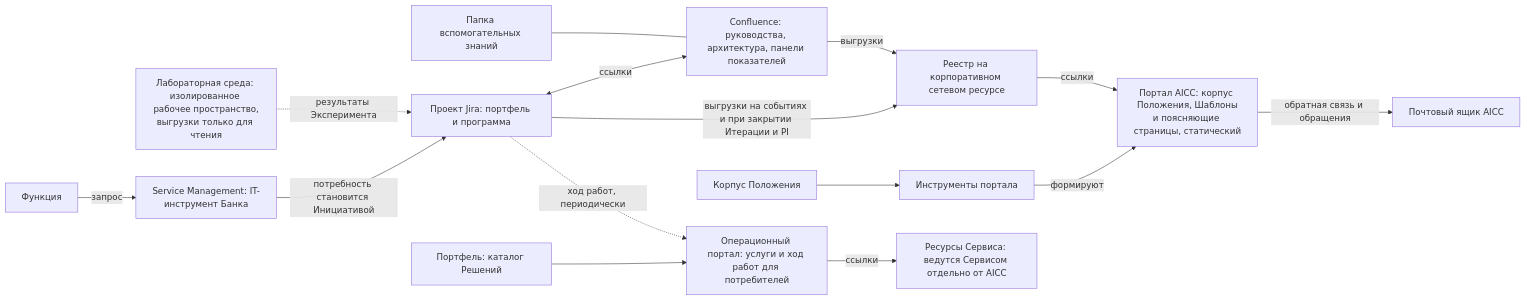
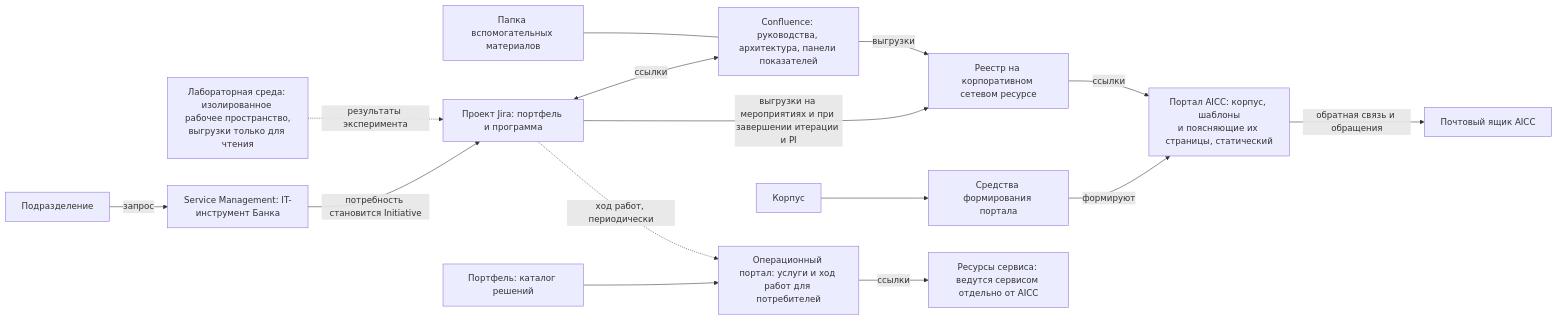
The diagram in charter/ru/workflows/collaboration-tooling.md (devhogu/ob-aicc), drawn with Mermaid before and after one commit. The commit also changed other lines of this file and 7 other files, not shown here.

````diff
--- a/charter/ru/workflows/collaboration-tooling.md
+++ b/charter/ru/workflows/collaboration-tooling.md
@@ -17,17 +17,17 @@
 ```mermaid
 flowchart LR
-  F["Функция"] -->|"запрос"| SM["Service Management: IT-инструмент Банка"]
-  SM -->|"потребность становится Инициативой"| J["Проект Jira: портфель и программа"]
+  F["Подразделение"] -->|"запрос"| SM["Service Management: IT-инструмент Банка"]
+  SM -->|"потребность становится Initiative"| J["Проект Jira: портфель и программа"]
   J <-->|"ссылки"| C["Confluence: руководства, архитектура, панели показателей"]
-  K["Папка вспомогательных знаний"] --- C
-  J -->|"выгрузки на событиях и при закрытии Итерации и PI"| R["Реестр на корпоративном сетевом ресурсе"]
+  K["Папка вспомогательных материалов"] --- C
+  J -->|"выгрузки на мероприятиях и при завершении итерации и PI"| R["Реестр на корпоративном сетевом ресурсе"]
   C -->|"выгрузки"| R
-  CH["Корпус Положения"] --> PT["Инструменты портала"]
-  PT -->|"формируют"| AP["Портал AICC: корпус Положения, Шаблоны<br/>и поясняющие страницы, статический"]
+  CH["Корпус"] --> PT["Средства формирования портала"]
+  PT -->|"формируют"| AP["Портал AICC: корпус, шаблоны<br/>и поясняющие их страницы, статический"]
   R -->|"ссылки"| AP
   AP -->|"обратная связь и обращения"| MB["Почтовый ящик AICC"]
-  LB["Лабораторная среда: изолированное рабочее пространство,<br/>выгрузки только для чтения"] -.->|"результаты Эксперимента"| J
-  P["Портфель: каталог Решений"] --> OP["Операционный портал: услуги и ход работ для потребителей"]
+  LB["Лабораторная среда: изолированное рабочее пространство,<br/>выгрузки только для чтения"] -.->|"результаты эксперимента"| J
+  P["Портфель: каталог решений"] --> OP["Операционный портал: услуги и ход работ для потребителей"]
   J -.->|"ход работ, периодически"| OP
-  OP -->|"ссылки"| SP["Ресурсы Сервиса: ведутся Сервисом отдельно от AICC"]
+  OP -->|"ссылки"| SP["Ресурсы сервиса: ведутся сервисом отдельно от AICC"]
 ```
````
